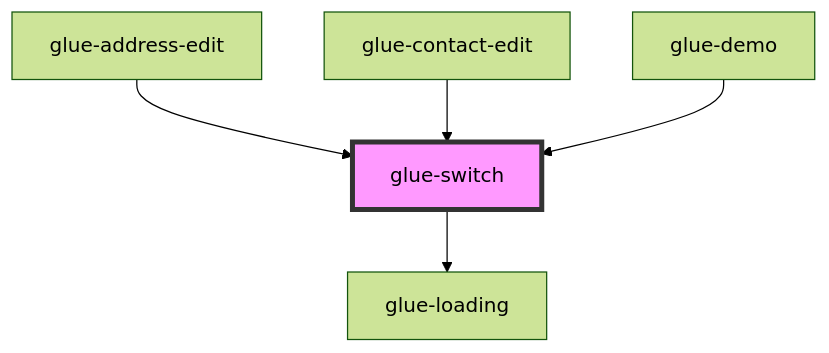
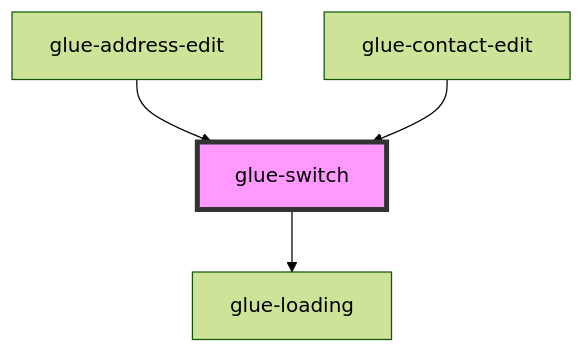
Before and after one commit to grasilife/glue: the diagram in packages/glue-components/src/components/glue-switch/readme.md, drawn with Mermaid (forest theme). The commit also changed other lines of this file and 7 other files, not shown here.

````diff
--- a/packages/glue-components/src/components/glue-switch/readme.md
+++ b/packages/glue-components/src/components/glue-switch/readme.md
@@ -43,8 +42,7 @@
 ```mermaid
 graph TD;
   glue-switch --> glue-loading
   glue-address-edit --> glue-switch
   glue-contact-edit --> glue-switch
-  glue-demo --> glue-switch
   style glue-switch fill:#f9f,stroke:#333,stroke-width:4px
 ```
````
